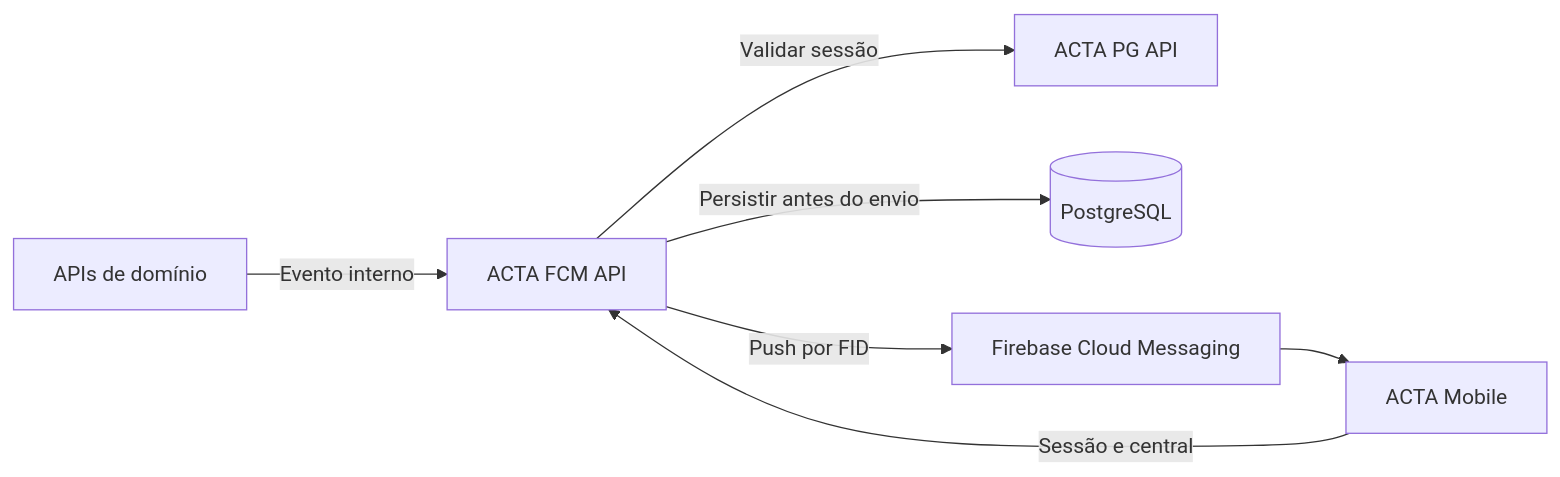
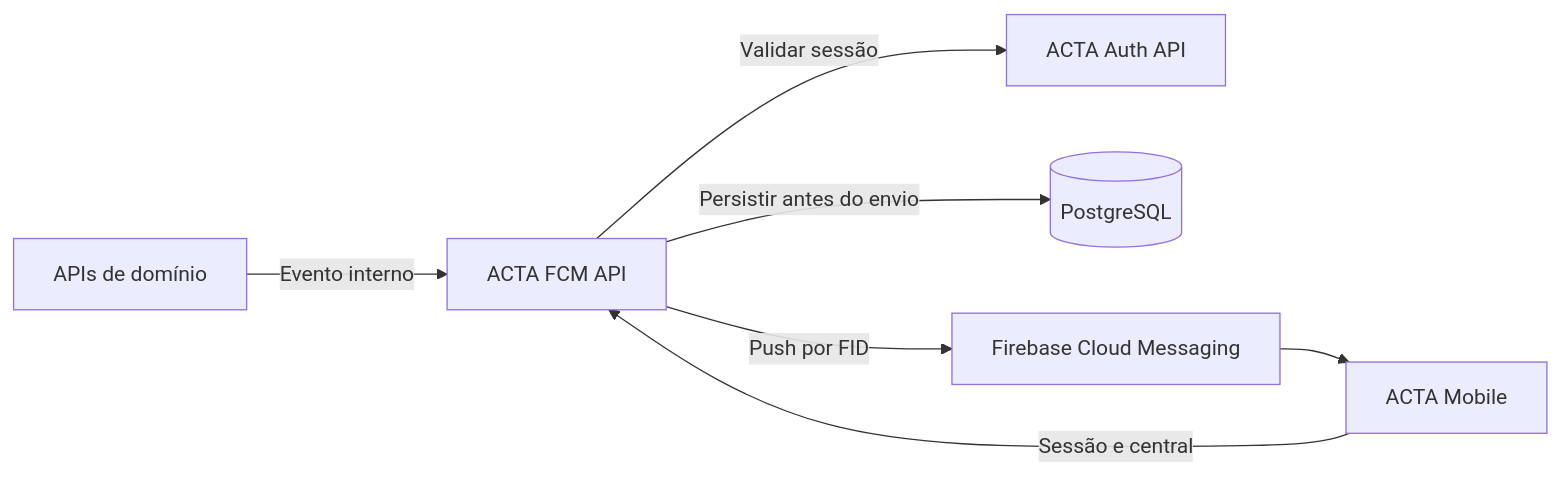
The diagram in README.md (AppActa/acta-fcm-api), drawn with Mermaid before and after one commit. The commit also changed other lines of this file and 17 other files, not shown here.

````diff
--- a/README.md
+++ b/README.md
@@ -193,9 +192,9 @@
 ```mermaid
 flowchart LR
     D[APIs de domínio] -->|Evento interno| API[ACTA FCM API]
     APP[ACTA Mobile] -->|Sessão e central| API
-    API -->|Validar sessão| PG[ACTA PG API]
+    API -->|Validar sessão| AUTH[ACTA Auth API]
     API -->|Persistir antes do envio| DB[(PostgreSQL)]
     API -->|Push por FID| FCM[Firebase Cloud Messaging]
     FCM --> APP
 ```
````
